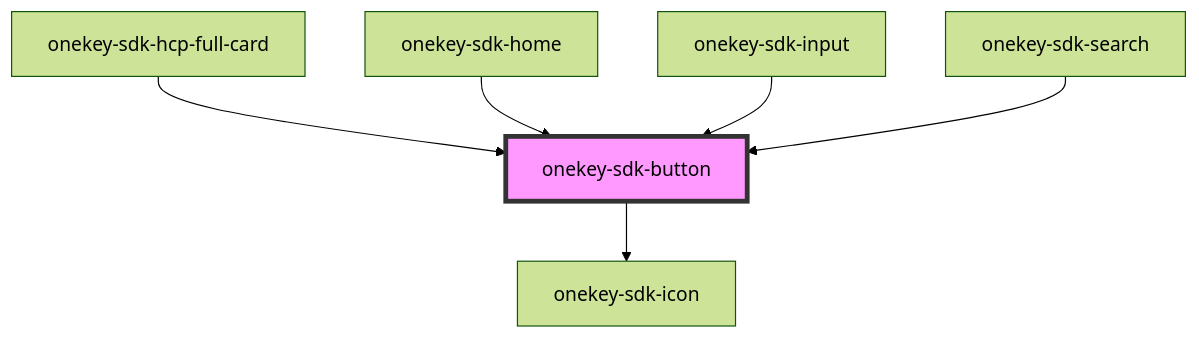
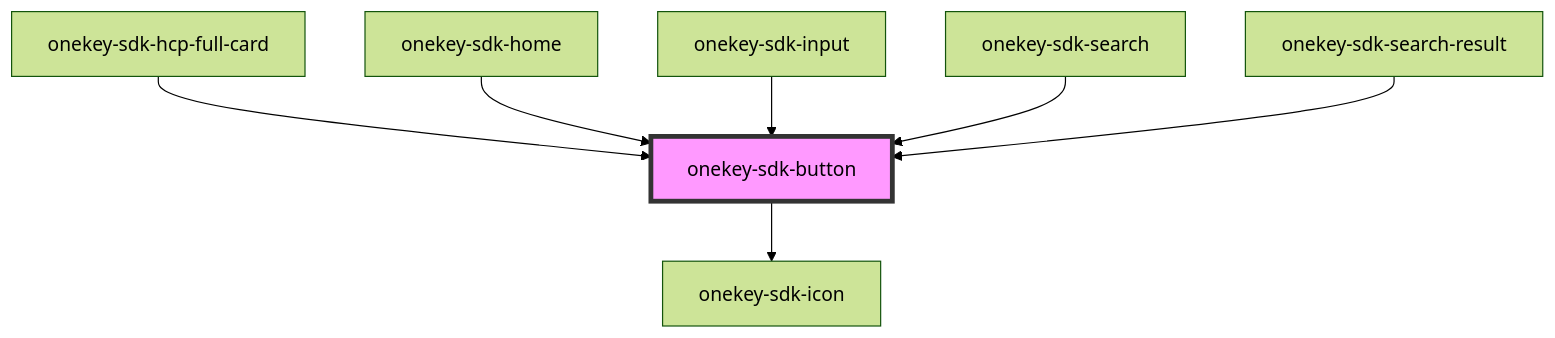
Before and after one commit to hcl-sdk/HealthCareLocatorWebSDK: the diagram in packages/onekey-sdk-core-ui/docs/components/ui-kits/onekey-sdk-button/readme.md, drawn with Mermaid (forest theme). The commit also changed other lines of this file and 25 other files, not shown here.

````diff
--- a/packages/onekey-sdk-core-ui/docs/components/ui-kits/onekey-sdk-button/readme.md
+++ b/packages/onekey-sdk-core-ui/docs/components/ui-kits/onekey-sdk-button/readme.md
@@ -39,9 +41,10 @@
 ```mermaid
 graph TD;
   onekey-sdk-button --> onekey-sdk-icon
   onekey-sdk-hcp-full-card --> onekey-sdk-button
   onekey-sdk-home --> onekey-sdk-button
   onekey-sdk-input --> onekey-sdk-button
   onekey-sdk-search --> onekey-sdk-button
+  onekey-sdk-search-result --> onekey-sdk-button
   style onekey-sdk-button fill:#f9f,stroke:#333,stroke-width:4px
 ```
````
